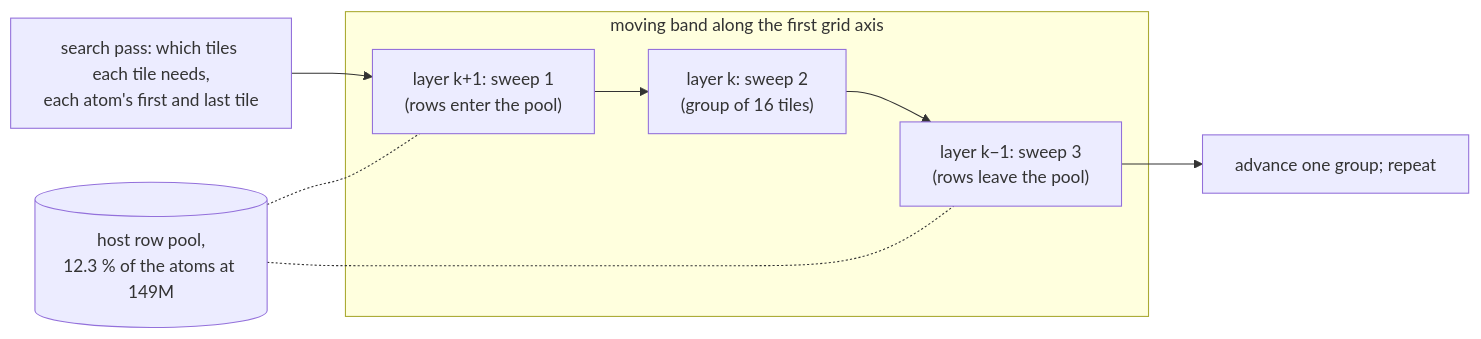
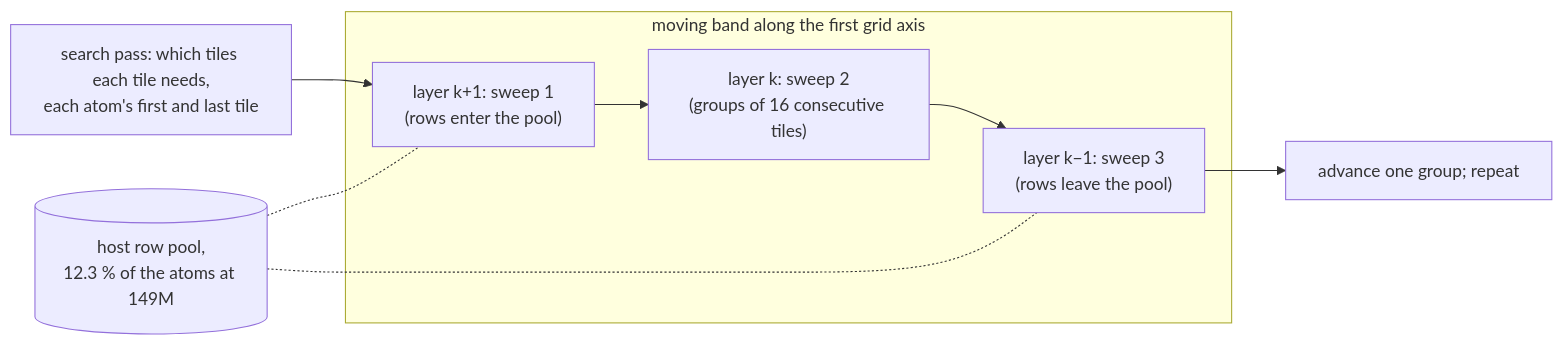
The sixth of 7 diagrams in docs/validation/omat0-a100-optimisations.md (FZWINGEL-UBT/FastMACE), drawn with Mermaid before and after one commit. The commit also changed other lines of this file, not shown here.

````diff
--- a/docs/validation/omat0-a100-optimisations.md
+++ b/docs/validation/omat0-a100-optimisations.md
@@ -322,10 +339,10 @@
 ```mermaid
 flowchart LR
   SP["search pass: which tiles each tile needs,<br/>each atom's first and last tile"] --> L1
   subgraph BAND["moving band along the first grid axis"]
-    L1["layer k+1: sweep 1<br/>(rows enter the pool)"] --> L2["layer k: sweep 2<br/>(group of 16 tiles)"] --> L3["layer k−1: sweep 3<br/>(rows leave the pool)"]
+    L1["layer k+1: sweep 1<br/>(rows enter the pool)"] --> L2["layer k: sweep 2<br/>(groups of 16 consecutive tiles)"] --> L3["layer k−1: sweep 3<br/>(rows leave the pool)"]
   end
   L3 --> NEXT["advance one group; repeat"]
   POOL[("host row pool,<br/>12.3 % of the atoms at 149M")] -.- L1
   POOL -.- L3
 ```
````
